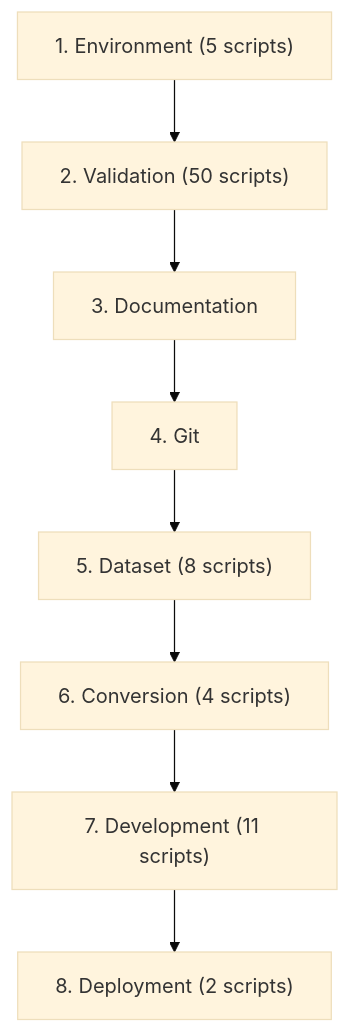
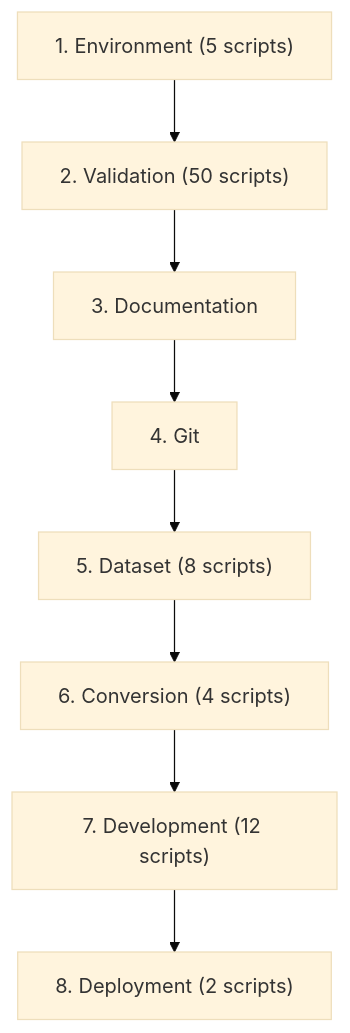
One commit to chanuka8/argus-gait-recognition changed the second of 3 diagrams in scripts/README.md. Above: the diagram before and after it, drawn with Mermaid (base theme). The commit also changed other lines of this file and 1 other file, not shown here.

Commit message:
docs: clarify operational evidence flow

````diff
--- a/scripts/README.md
+++ b/scripts/README.md
@@ -999,18 +1031,18 @@
 ```mermaid
 flowchart TD
     step1["1. Environment (5 scripts)"]
     step2["2. Validation (50 scripts)"]
     step1 --> step2
     step3["3. Documentation"]
     step2 --> step3
     step4["4. Git"]
     step3 --> step4
     step5["5. Dataset (8 scripts)"]
     step4 --> step5
     step6["6. Conversion (4 scripts)"]
     step5 --> step6
-    step7["7. Development (11 scripts)"]
+    step7["7. Development (12 scripts)"]
     step6 --> step7
     step8["8. Deployment (2 scripts)"]
     step7 --> step8
 ```
````
